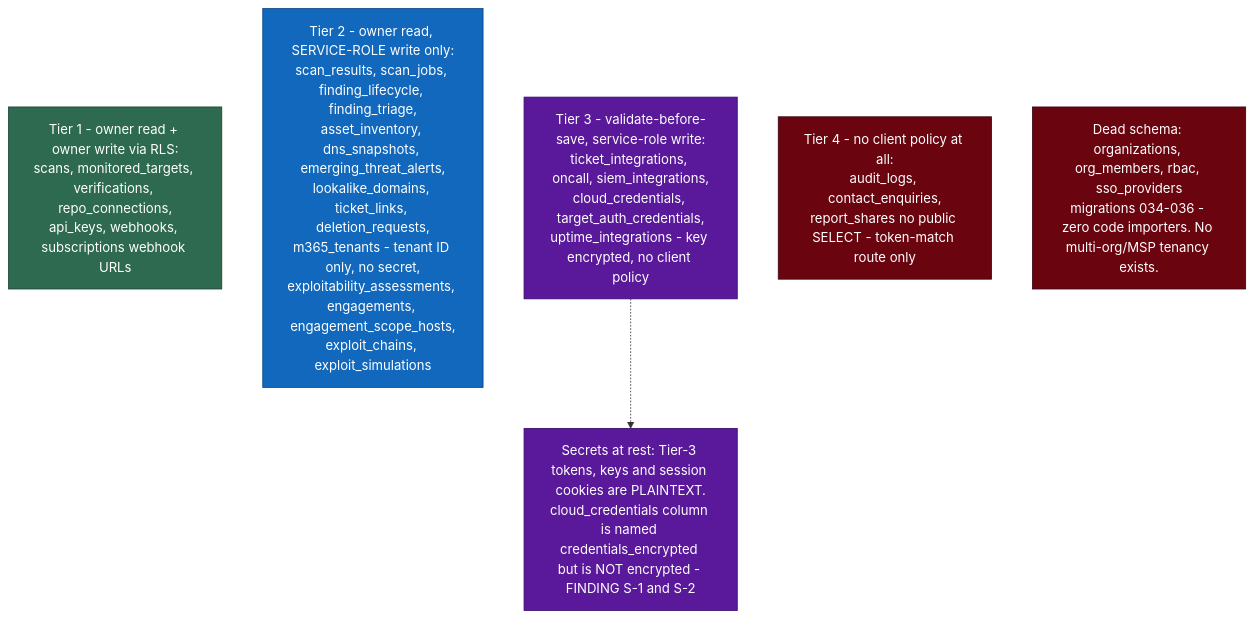
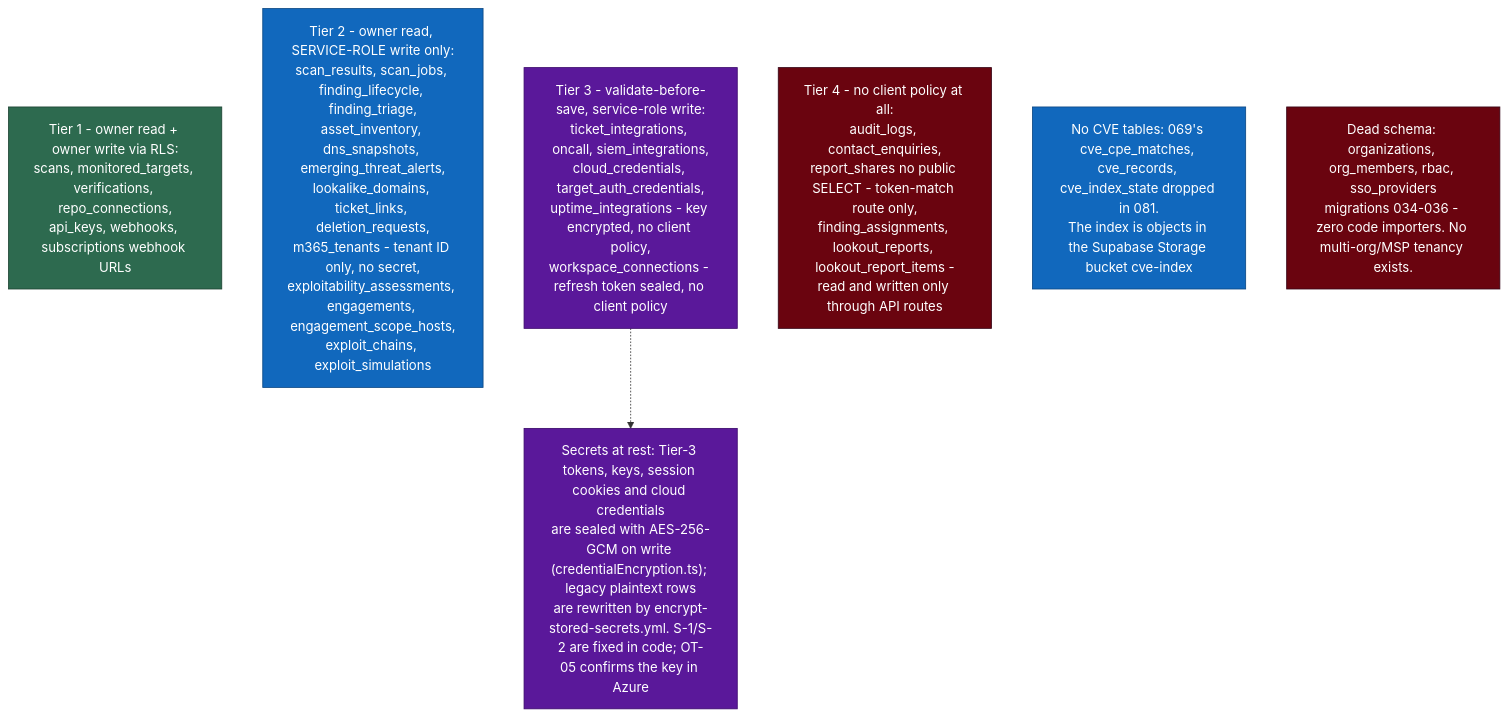
One commit to andrew-barvas/hebrides-cyber changed the second of 2 diagrams in hebridescyber-app/docs/DATA-MODEL.md. Above: the diagram before and after it, drawn with Mermaid. The commit also changed other lines of this file and 17 other files, not shown here.

````diff
--- a/hebridescyber-app/docs/DATA-MODEL.md
+++ b/hebridescyber-app/docs/DATA-MODEL.md
@@ -76,14 +122,15 @@
 ```mermaid
 flowchart TB
     classDef t1 fill:#2d6a4f,stroke:#1b4332,color:#fff
     classDef t2 fill:#1168bd,stroke:#0b4884,color:#fff
     classDef t3 fill:#5a189a,stroke:#3c096c,color:#fff
     classDef t4 fill:#6a040f,stroke:#370617,color:#fff
     T1[Tier 1 - owner read + owner write via RLS:<br/>scans, monitored_targets, verifications, repo_connections,<br/>api_keys, webhooks, subscriptions webhook URLs]:::t1
     T2[Tier 2 - owner read, SERVICE-ROLE write only:<br/>scan_results, scan_jobs, finding_lifecycle, finding_triage,<br/>asset_inventory, dns_snapshots, emerging_threat_alerts,<br/>lookalike_domains, ticket_links, deletion_requests,<br/>m365_tenants - tenant ID only, no secret,<br/>exploitability_assessments, engagements, engagement_scope_hosts,<br/>exploit_chains, exploit_simulations]:::t2
-    T3[Tier 3 - validate-before-save, service-role write:<br/>ticket_integrations, oncall, siem_integrations,<br/>cloud_credentials, target_auth_credentials,<br/>uptime_integrations - key encrypted, no client policy]:::t3
-    T4[Tier 4 - no client policy at all:<br/>audit_logs, contact_enquiries,<br/>report_shares no public SELECT - token-match route only]:::t4
-    N1["Secrets at rest: Tier-3 tokens, keys and session cookies are PLAINTEXT.<br/>cloud_credentials column is named credentials_encrypted but is NOT encrypted - FINDING S-1 and S-2"]:::t3
+    T3[Tier 3 - validate-before-save, service-role write:<br/>ticket_integrations, oncall, siem_integrations,<br/>cloud_credentials, target_auth_credentials,<br/>uptime_integrations - key encrypted, no client policy,<br/>workspace_connections - refresh token sealed, no client policy]:::t3
+    T4[Tier 4 - no client policy at all:<br/>audit_logs, contact_enquiries,<br/>report_shares no public SELECT - token-match route only,<br/>finding_assignments, lookout_reports, lookout_report_items -<br/>read and written only through API routes]:::t4
+    N1["Secrets at rest: Tier-3 tokens, keys, session cookies and cloud credentials<br/>are sealed with AES-256-GCM on write (credentialEncryption.ts); legacy plaintext rows<br/>are rewritten by encrypt-stored-secrets.yml. S-1/S-2 are fixed in code; OT-05 confirms the key in Azure"]:::t3
+    N3["No CVE tables: 069's cve_cpe_matches, cve_records, cve_index_state dropped in 081.<br/>The index is objects in the Supabase Storage bucket cve-index"]:::t2
     N2["Dead schema: organizations, org_members, rbac, sso_providers<br/>migrations 034-036 - zero code importers. No multi-org/MSP tenancy exists."]:::t4
     T3 -.-> N1
 ```
````
